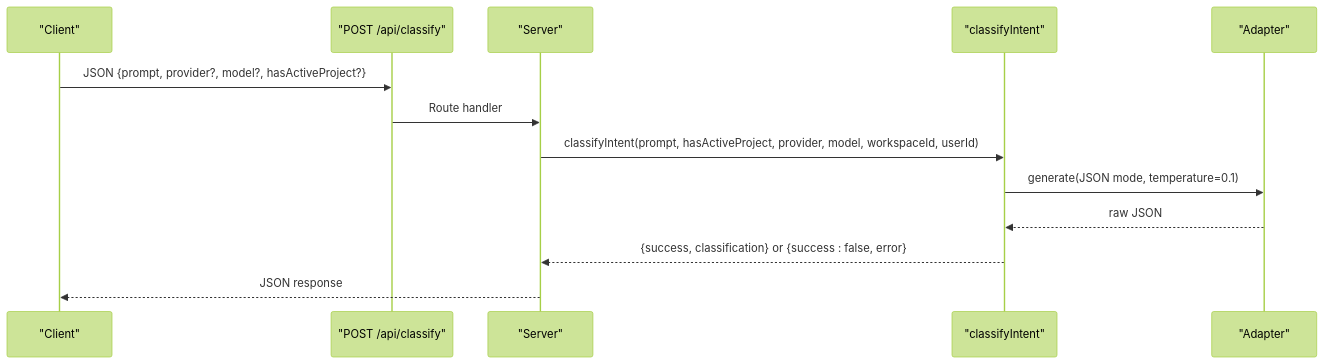
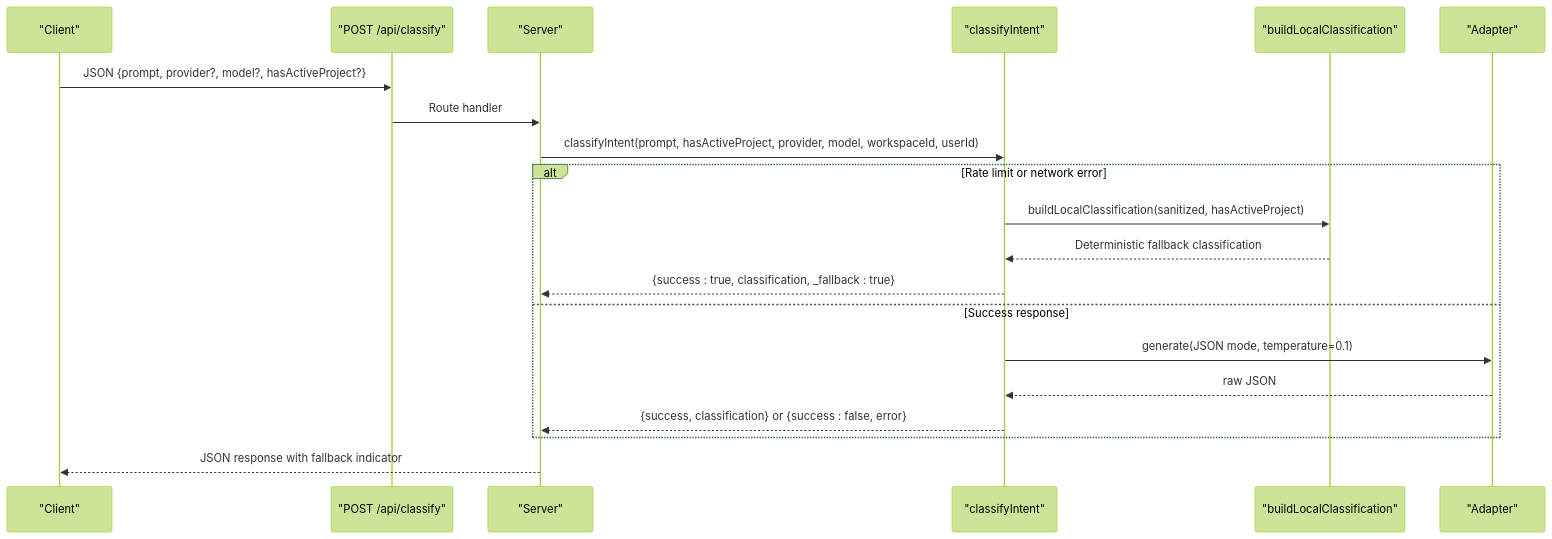
The eighth of 10 diagrams in .qoder/repowiki/en/content/AI Generation Engine/Core Generation Pipeline/Intent Processing & Blueprint Selection.md (shekhargiri005-dotcom/AI-powered-accessibility-first-UI-engine), drawn with Mermaid (forest theme) before and after one commit. The commit also changed other lines of this file and 71 other files, not shown here.

````diff
--- a/.qoder/repowiki/en/content/AI Generation Engine/Core Generation Pipeline/Intent Processing & Blueprint Selection.md
+++ b/.qoder/repowiki/en/content/AI Generation Engine/Core Generation Pipeline/Intent Processing & Blueprint Selection.md
@@ -343,15 +384,22 @@
 ```mermaid
 sequenceDiagram
 participant C as "Client"
 participant R as "POST /api/classify"
 participant S as "Server"
 participant CL as "classifyIntent"
+participant LF as "buildLocalClassification"
 participant AD as "Adapter"
 C->>R : JSON {prompt, provider?, model?, hasActiveProject?}
 R->>S : Route handler
 S->>CL : classifyIntent(prompt, hasActiveProject, provider, model, workspaceId, userId)
+alt Rate limit or network error
+CL->>LF : buildLocalClassification(sanitized, hasActiveProject)
+LF-->>CL : Deterministic fallback classification
+CL-->>S : {success : true, classification, _fallback : true}
+else Success response
 CL->>AD : generate(JSON mode, temperature=0.1)
 AD-->>CL : raw JSON
 CL-->>S : {success, classification} or {success : false, error}
-S-->>C : JSON response
+end
+S-->>C : JSON response with fallback indicator
 ```
````
